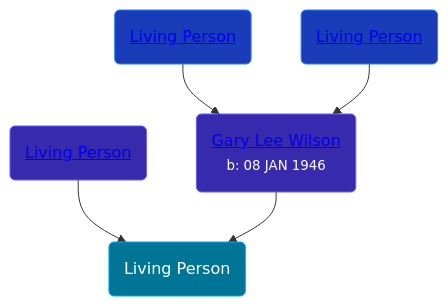
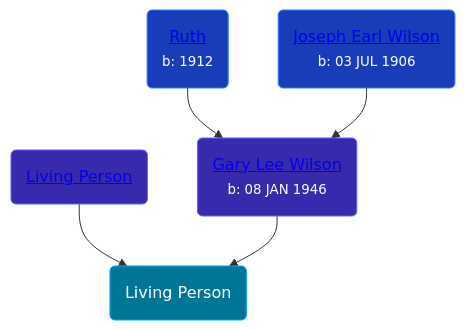
One commit to wpmgotkh/wpmgotkh.github.io changed the diagram in pages/people/1/18405039.md. Above: the diagram before and after it, drawn with Mermaid. The commit also changed 586 other files, not shown here.

Commit message:
feat: better shouldConsiderPersonLiving algo

````diff
--- a/pages/people/1/18405039.md
+++ b/pages/people/1/18405039.md
@@ -10,11 +10,11 @@
 ```mermaid
 graph
 classDef grands fill:#193cb8,stroke:#2b7fff,stroke-width:1px,color:#fff;
 classDef parents fill:#372aac,stroke:#615fff,stroke-width:1px,color:#fff;
 classDef primary fill:#007595,stroke:#00a6f4,stroke-width:1px,color:#fff;
 18405039(Living Person):::primary
 5965529(<a class="text-white" href="/people/5/5965529">Living Person</a>):::parents-->18405039
 83638300(<a class="text-white" href="/people/8/83638300">Gary Lee Wilson</a><br /><small>b: 08 JAN 1946</small>):::parents-->18405039
-72945090(<a class="text-white" href="/people/7/72945090">Living Person</a>):::grands-->83638300
-35616804(<a class="text-white" href="/people/3/35616804">Living Person</a>):::grands-->83638300
+72945090(<a class="text-white" href="/people/7/72945090">Ruth </a><br /><small>b: 1912</small>):::grands-->83638300
+35616804(<a class="text-white" href="/people/3/35616804">Joseph Earl Wilson</a><br /><small>b: 03 JUL 1906</small>):::grands-->83638300
 ```
````
